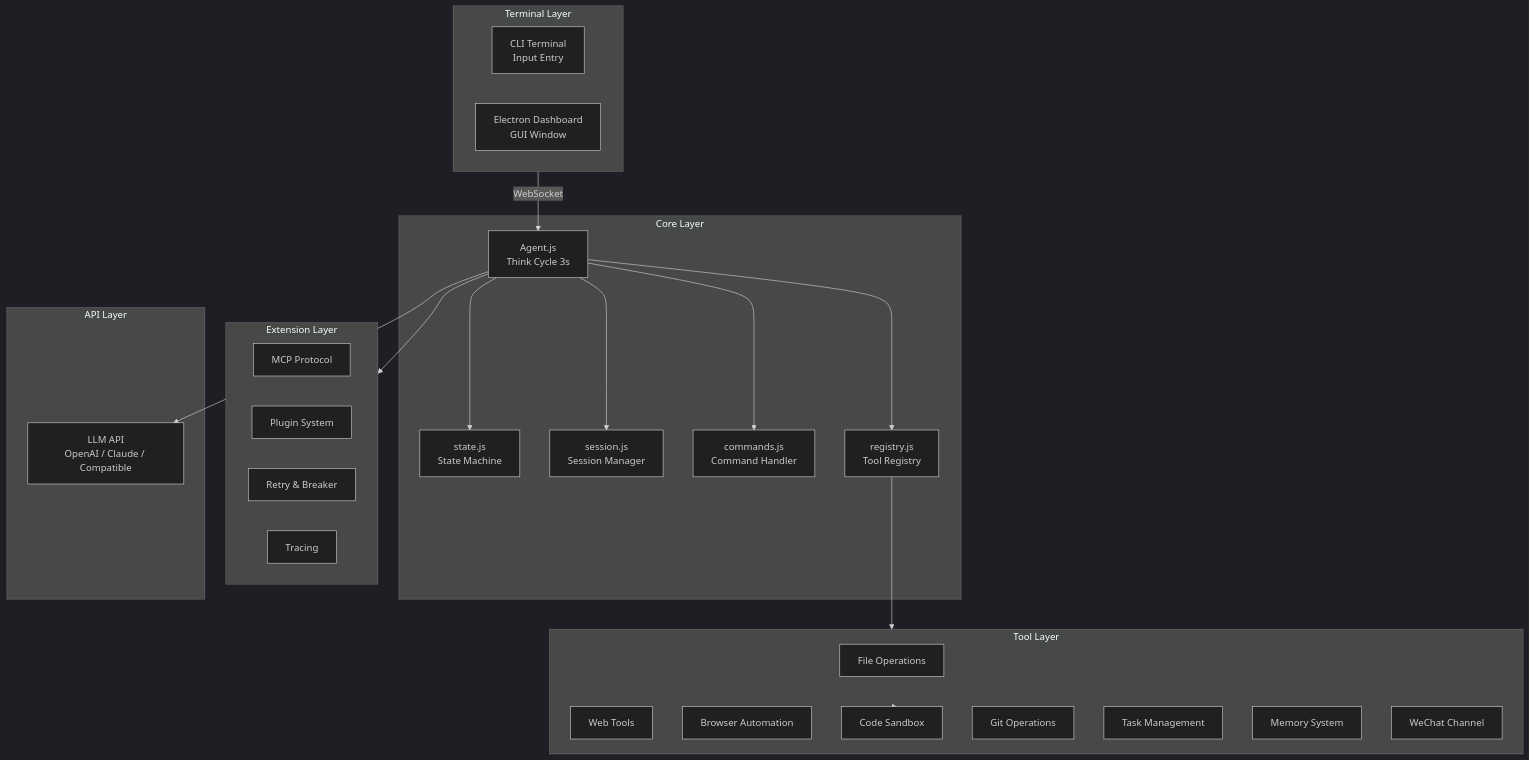
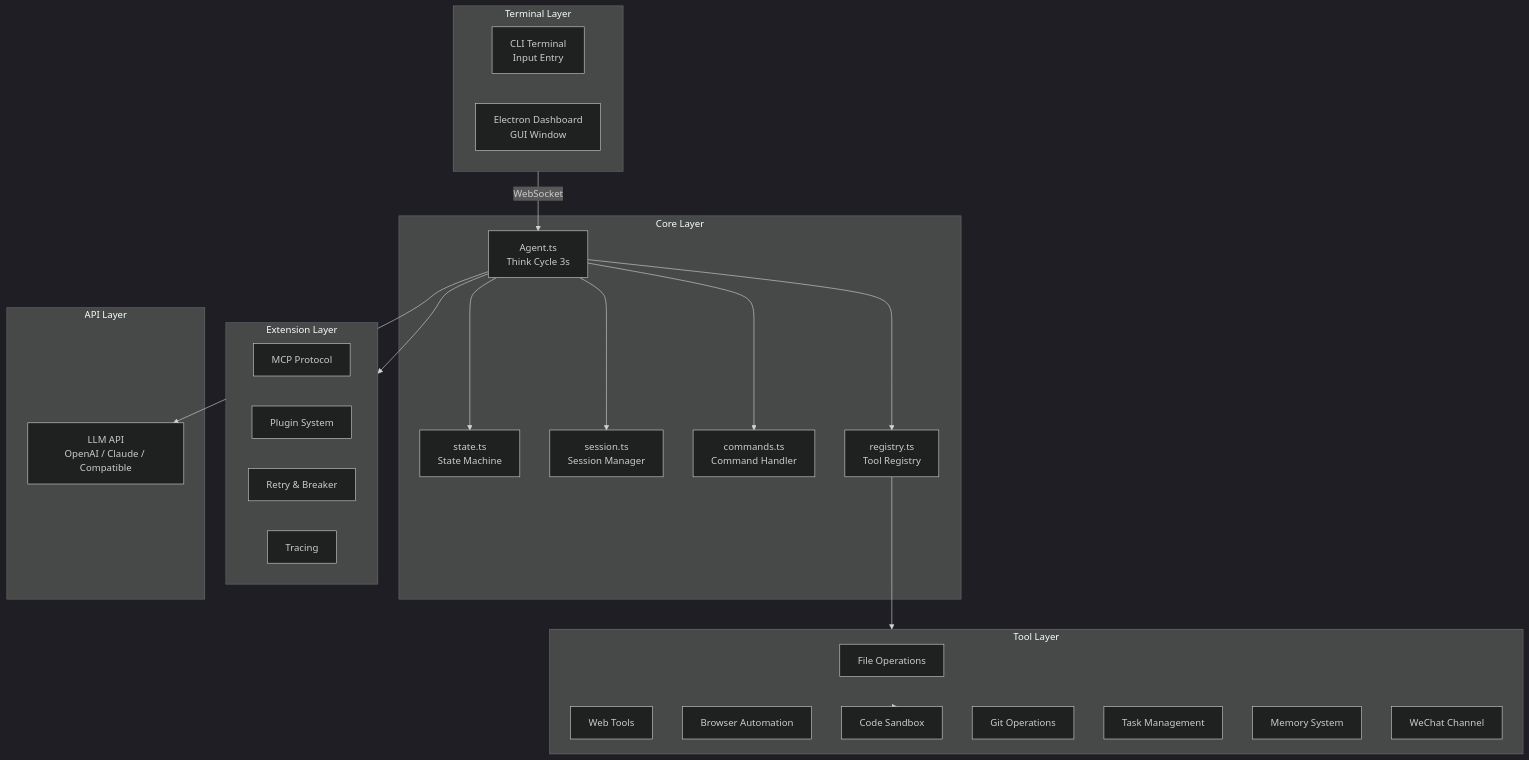
One commit to 1486853830/CogitoAgent changed the second of 3 diagrams in README.md. Above: the diagram before and after it, drawn with Mermaid (dark theme). The commit also changed other lines of this file and 23 other files, not shown here.

````diff
--- a/README.md
+++ b/README.md
@@ -151,47 +153,47 @@
 ```mermaid
 flowchart TB
     subgraph Terminal["Terminal Layer"]
         CLI["CLI Terminal<br/>Input Entry"]
         Dashboard["Electron Dashboard<br/>GUI Window"]
     end
 
     subgraph Core["Core Layer"]
-        Agent["Agent.js<br/>Think Cycle 3s"]
-        State["state.js<br/>State Machine"]
-        Session["session.js<br/>Session Manager"]
-        Commands["commands.js<br/>Command Handler"]
-        Registry["registry.js<br/>Tool Registry"]
+        Agent["Agent.ts<br/>Think Cycle 3s"]
+        State["state.ts<br/>State Machine"]
+        Session["session.ts<br/>Session Manager"]
+        Commands["commands.ts<br/>Command Handler"]
+        Registry["registry.ts<br/>Tool Registry"]
     end
 
     subgraph Tools["Tool Layer"]
         File["File Operations"]
         Web["Web Tools"]
         Browser["Browser Automation"]
         Code["Code Sandbox"]
         Git["Git Operations"]
         Task["Task Management"]
         Memory["Memory System"]
         Wx["WeChat Channel"]
     end
 
     subgraph Ext["Extension Layer"]
         MCP["MCP Protocol"]
         Plugin["Plugin System"]
         Retry["Retry & Breaker"]
         Tracing["Tracing"]
     end
 
     subgraph API["API Layer"]
         LLM["LLM API<br/>OpenAI / Claude / Compatible"]
     end
 
     Terminal -->|WebSocket| Agent
     Agent --> State
     Agent --> Session
     Agent --> Commands
     Agent --> Registry
     Registry --> Tools
     Tools --> Code
     Agent --> LLM
     Agent --> Ext
 ```
````
